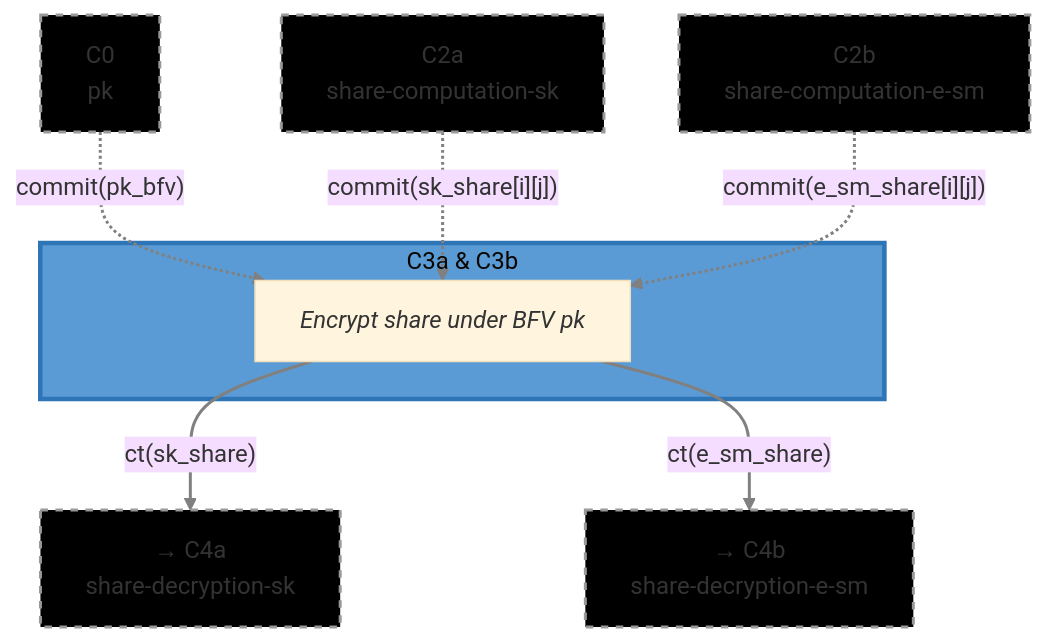
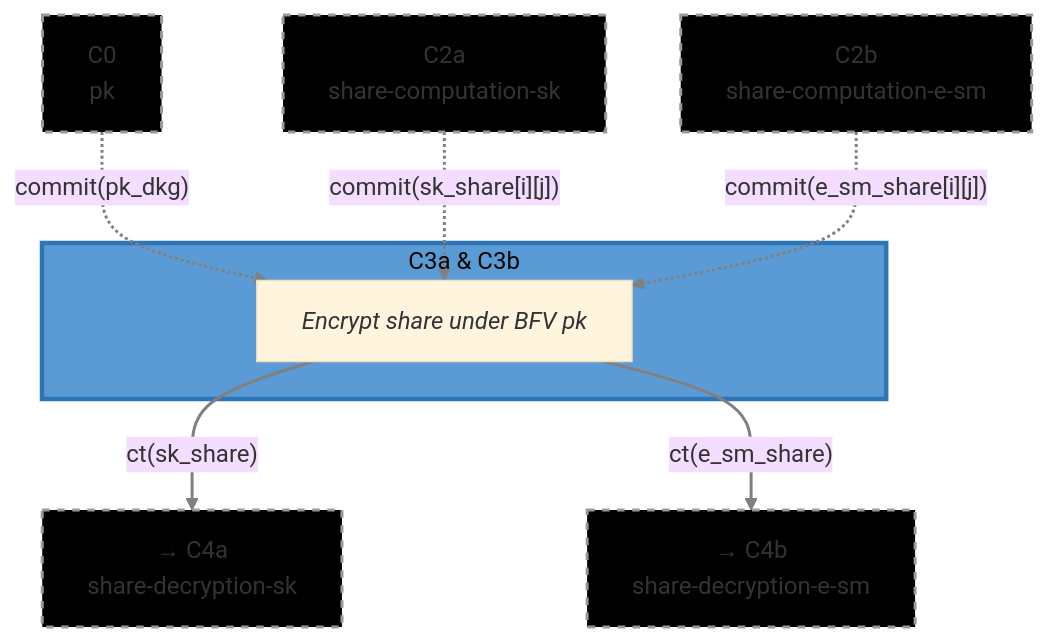
One commit to gnosisguild/enclave changed the diagram in circuits/bin/dkg/share_encryption/README.md. Above: the diagram before and after it, drawn with Mermaid (base theme). The commit also changed other lines of this file and 3 other files, not shown here.

````diff
--- a/circuits/bin/dkg/share_encryption/README.md
+++ b/circuits/bin/dkg/share_encryption/README.md
@@ -13,26 +13,26 @@
 ```mermaid
 flowchart TD
-    Input0["C0<br>pk"] -.->|"commit(pk_bfv)"| C3
+    Input0["C0<br>pk"] -.->|"commit(pk_dkg)"| C3
     Input2a["C2a<br>share-computation-sk"] -.->|"commit(sk_share[i][j])"| C3
     Input2b["C2b<br>share-computation-e-sm"] -.->|"commit(e_sm_share[i][j])"| C3
 
     subgraph Focus["C3a & C3b"]
         C3["<i>Encrypt share under BFV pk</i>"]
     end
 
     C3 -->|"ct(sk_share)"| Output1["→ C4a<br>share-decryption-sk"]
     C3 -->|"ct(e_sm_share)"| Output2["→ C4b<br>share-decryption-e-sm"]
 
     style Focus fill:#5B9BD5,stroke:#2E75B6,stroke-width:3px
     style Input0 fill:#000000,stroke:#999,stroke-width:2px,stroke-dasharray: 5 5
     style Input2a fill:#000000,stroke:#999,stroke-width:2px,stroke-dasharray: 5 5
     style Input2b fill:#000000,stroke:#999,stroke-width:2px,stroke-dasharray: 5 5
     style Output1 fill:#000000,stroke:#999,stroke-width:2px,stroke-dasharray: 5 5
     style Output2 fill:#000000,stroke:#999,stroke-width:2px,stroke-dasharray: 5 5
 
     linkStyle 0 stroke:#808080,stroke-width:2px
     linkStyle 1 stroke:#808080,stroke-width:2px
     linkStyle 2 stroke:#808080,stroke-width:2px
     linkStyle 3 stroke:#808080,stroke-width:2px
     linkStyle 4 stroke:#808080,stroke-width:2px
 ```
````
